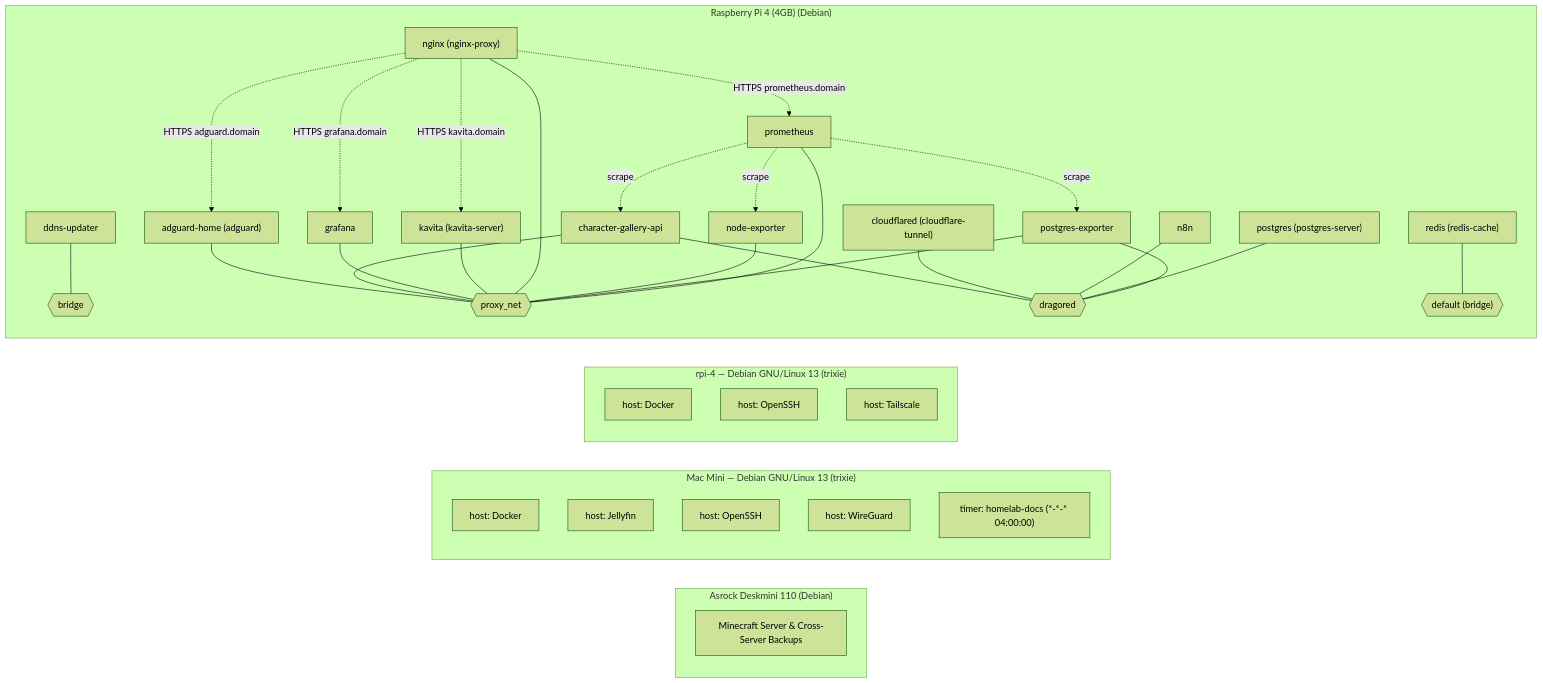
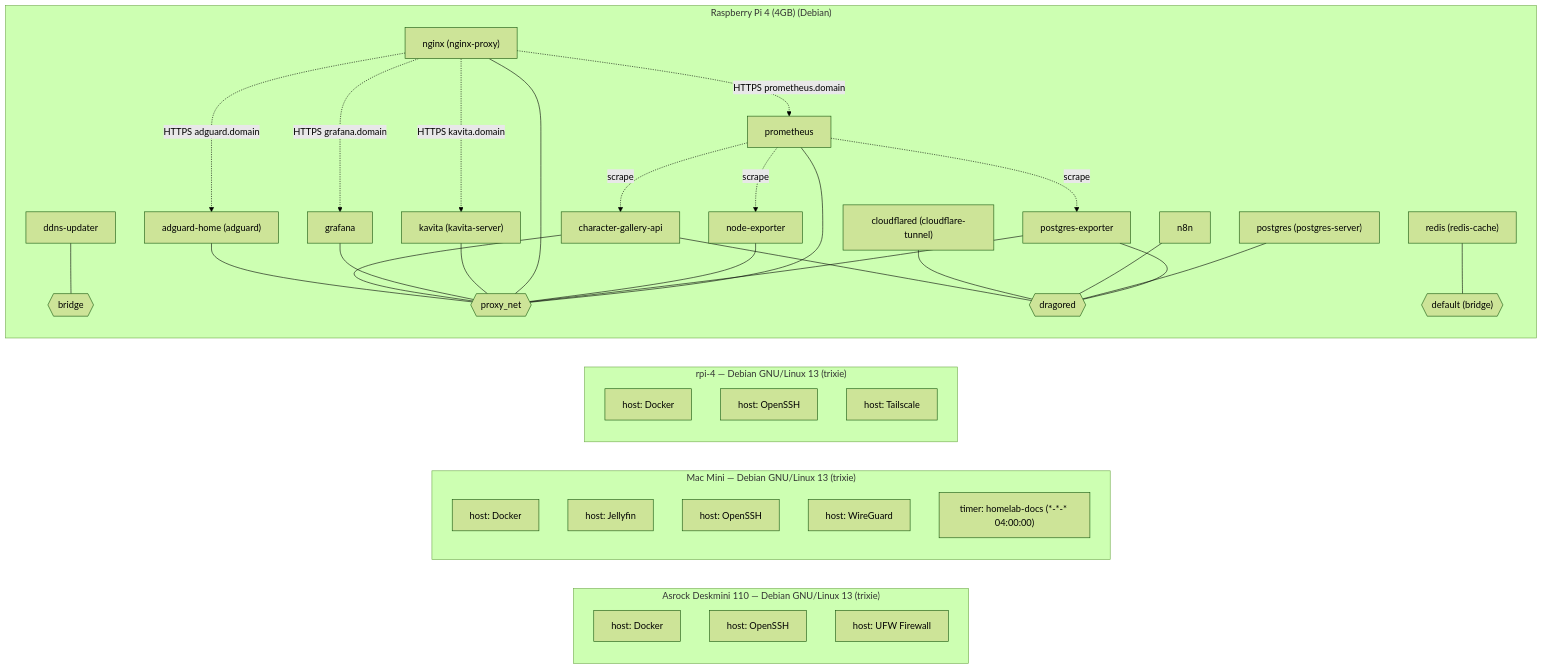
Before and after one commit to dZev1/home-lab: the diagram in README.md, drawn with Mermaid (forest theme). The commit also changed other lines of this file and 1 other file, not shown here.

Commit message:
docs: auto-update homelab inventory and topology [skip ci]

````diff
--- a/README.md
+++ b/README.md
@@ -36,59 +36,61 @@
 ```mermaid
 flowchart LR
-  subgraph node_deskmini["Asrock Deskmini 110 (Debian)"]
-    info_deskmini["Minecraft Server & Cross-Server Backups"]
+  subgraph node_deskmini["Asrock Deskmini 110 — Debian GNU/Linux 13 (trixie)"]
+    hs_deskmini_0["host: Docker"]
+    hs_deskmini_1["host: OpenSSH"]
+    hs_deskmini_2["host: UFW Firewall"]
   end
   subgraph node_mac_mini["Mac Mini — Debian GNU/Linux 13 (trixie)"]
     hs_mac-mini_0["host: Docker"]
     hs_mac-mini_1["host: Jellyfin"]
     hs_mac-mini_2["host: OpenSSH"]
     hs_mac-mini_3["host: WireGuard"]
     tm_mac-mini_0["timer: homelab-docs (*-*-* 04:00:00)"]
   end
   subgraph node_rpi_4["rpi-4 — Debian GNU/Linux 13 (trixie)"]
     hs_rpi-4_0["host: Docker"]
     hs_rpi-4_1["host: OpenSSH"]
     hs_rpi-4_2["host: Tailscale"]
   end
   subgraph node_rpi4["Raspberry Pi 4 (4GB) (Debian)"]
     net_rpi4_bridge{{"bridge"}}
     net_rpi4_default__bridge_{{"default (bridge)"}}
     net_rpi4_dragored{{"dragored"}}
     net_rpi4_proxy_net{{"proxy_net"}}
     svc_rpi4_adguard_home["adguard-home (adguard)"]
     svc_rpi4_adguard_home --- net_rpi4_proxy_net
     svc_rpi4_character_gallery_api["character-gallery-api"]
     svc_rpi4_character_gallery_api --- net_rpi4_dragored
     svc_rpi4_character_gallery_api --- net_rpi4_proxy_net
     svc_rpi4_cloudflared["cloudflared (cloudflare-tunnel)"]
     svc_rpi4_cloudflared --- net_rpi4_dragored
     svc_rpi4_ddns_updater["ddns-updater"]
     svc_rpi4_ddns_updater --- net_rpi4_bridge
     svc_rpi4_grafana["grafana"]
     svc_rpi4_grafana --- net_rpi4_proxy_net
     svc_rpi4_kavita["kavita (kavita-server)"]
     svc_rpi4_kavita --- net_rpi4_proxy_net
     svc_rpi4_n8n["n8n"]
     svc_rpi4_n8n --- net_rpi4_dragored
     svc_rpi4_nginx["nginx (nginx-proxy)"]
     svc_rpi4_nginx --- net_rpi4_proxy_net
     svc_rpi4_node_exporter["node-exporter"]
     svc_rpi4_node_exporter --- net_rpi4_proxy_net
     svc_rpi4_postgres["postgres (postgres-server)"]
     svc_rpi4_postgres --- net_rpi4_dragored
     svc_rpi4_postgres_exporter["postgres-exporter"]
     svc_rpi4_postgres_exporter --- net_rpi4_proxy_net
     svc_rpi4_postgres_exporter --- net_rpi4_dragored
     svc_rpi4_prometheus["prometheus"]
     svc_rpi4_prometheus --- net_rpi4_proxy_net
     svc_rpi4_redis["redis (redis-cache)"]
     svc_rpi4_redis --- net_rpi4_default__bridge_
   end
   svc_rpi4_nginx -. "HTTPS adguard.domain" .-> svc_rpi4_adguard_home
   svc_rpi4_nginx -. "HTTPS grafana.domain" .-> svc_rpi4_grafana
   svc_rpi4_nginx -. "HTTPS prometheus.domain" .-> svc_rpi4_prometheus
   svc_rpi4_nginx -. "HTTPS kavita.domain" .-> svc_rpi4_kavita
   svc_rpi4_prometheus -. "scrape" .-> svc_rpi4_node_exporter
   svc_rpi4_prometheus -. "scrape" .-> svc_rpi4_character_gallery_api
   svc_rpi4_prometheus -. "scrape" .-> svc_rpi4_postgres_exporter
 ```
````
